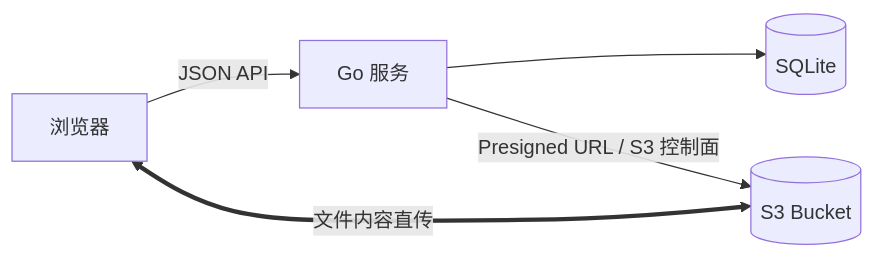
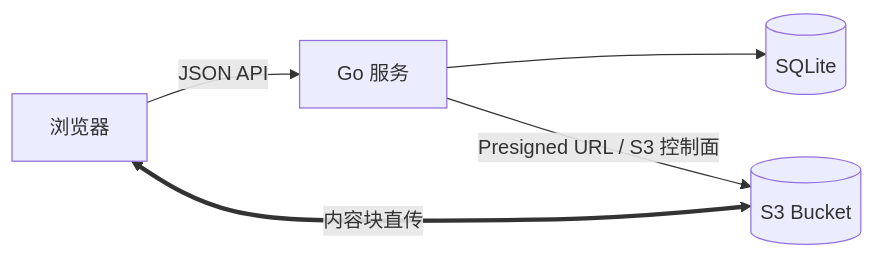
The diagram in README.md (VesperGlow/cloud), drawn with Mermaid before and after one commit. The commit also changed other lines of this file and 18 other files, not shown here.

````diff
--- a/README.md
+++ b/README.md
@@ -9,7 +9,7 @@
 ```mermaid
 flowchart LR
     B[浏览器] -->|JSON API| G[Go 服务]
     G --> D[(SQLite)]
     G -->|Presigned URL / S3 控制面| S[(S3 Bucket)]
-    B <==>|文件内容直传| S
+    B <==>|内容块直传| S
 ```
````
